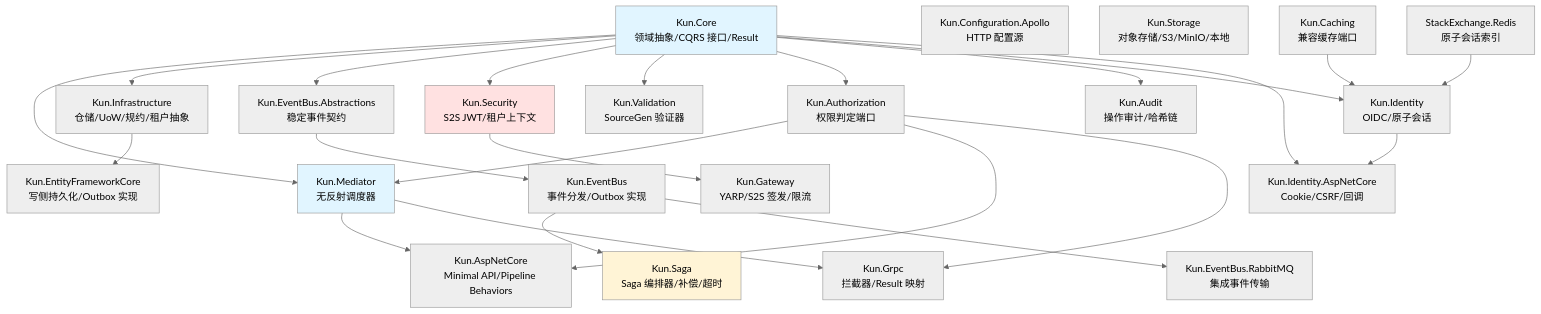
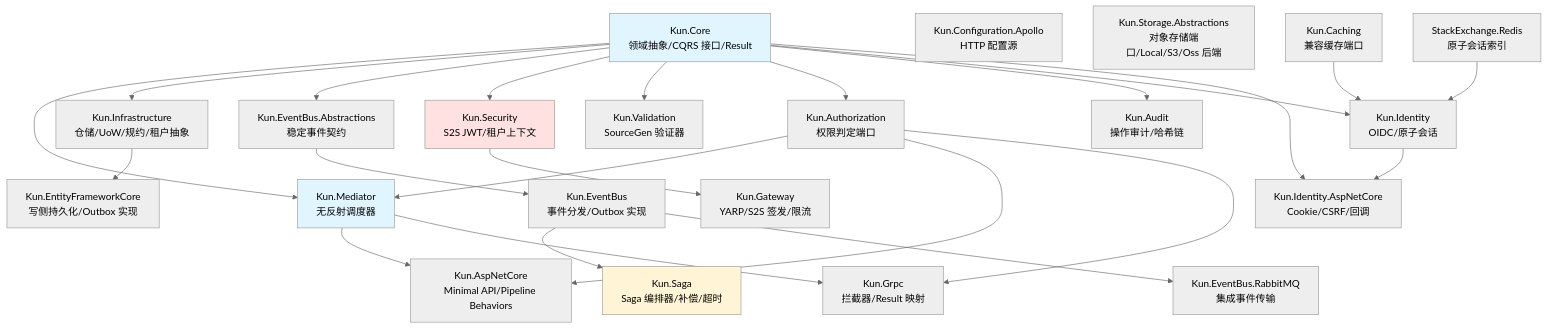
One commit to CavaiLAB/kun changed the diagram in docs/design/module-map.md. Above: the diagram before and after it, drawn with Mermaid (neutral theme). The commit also changed other lines of this file and 5 other files, not shown here.

First line of the commit message:
docs: 归档名单标上旧线 Kun.Storage，模块图改指新线 [S1-KUN-028]

````diff
--- a/docs/design/module-map.md
+++ b/docs/design/module-map.md
@@ -114,37 +114,37 @@
 ```mermaid
 graph TD
     Core[Kun.Core<br/>领域抽象/CQRS 接口/Result] --> Mediator[Kun.Mediator<br/>无反射调度器]
     Core --> Infra[Kun.Infrastructure<br/>仓储/UoW/规约/租户抽象]
     Core --> EventContracts[Kun.EventBus.Abstractions<br/>稳定事件契约]
     EventContracts --> EventBus[Kun.EventBus<br/>事件分发/Outbox 实现]
     Core --> Security[Kun.Security<br/>S2S JWT/租户上下文]
     Core --> Validation[Kun.Validation<br/>SourceGen 验证器]
     Core --> Authorization[Kun.Authorization<br/>权限判定端口]
     Authorization --> Mediator
     Authorization --> AspNet
     Authorization --> Grpc
     Apollo[Kun.Configuration.Apollo<br/>HTTP 配置源]
     Core --> Audit[Kun.Audit<br/>操作审计/哈希链]
 
     Infra --> EfCore[Kun.EntityFrameworkCore<br/>写侧持久化/Outbox 实现]
 
     EventBus --> Saga[Kun.Saga<br/>Saga 编排器/补偿/超时]
     EventBus --> RabbitMq[Kun.EventBus.RabbitMQ<br/>集成事件传输]
 
-    Storage[Kun.Storage<br/>对象存储/S3/MinIO/本地]
+    Storage[Kun.Storage.Abstractions<br/>对象存储端口/Local/S3/Oss 后端]
 
     Mediator --> AspNet[Kun.AspNetCore<br/>Minimal API/Pipeline Behaviors]
     Mediator --> Grpc[Kun.Grpc<br/>拦截器/Result 映射]
 
     Security --> Gateway[Kun.Gateway<br/>YARP/S2S 签发/限流]
     Core --> Identity[Kun.Identity<br/>OIDC/原子会话]
     Caching[Kun.Caching<br/>兼容缓存端口] --> Identity
     RedisClient[StackExchange.Redis<br/>原子会话索引] --> Identity
     Identity --> IdentityWeb[Kun.Identity.AspNetCore<br/>Cookie/CSRF/回调]
     Core --> IdentityWeb
 
     style Core fill:#e1f5ff
     style Mediator fill:#e1f5ff
     style Security fill:#ffe1e1
     style Saga fill:#fff4d6
 ```
````
